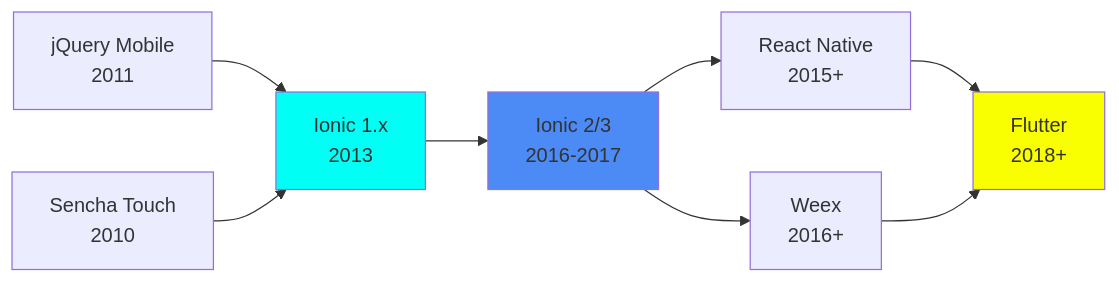
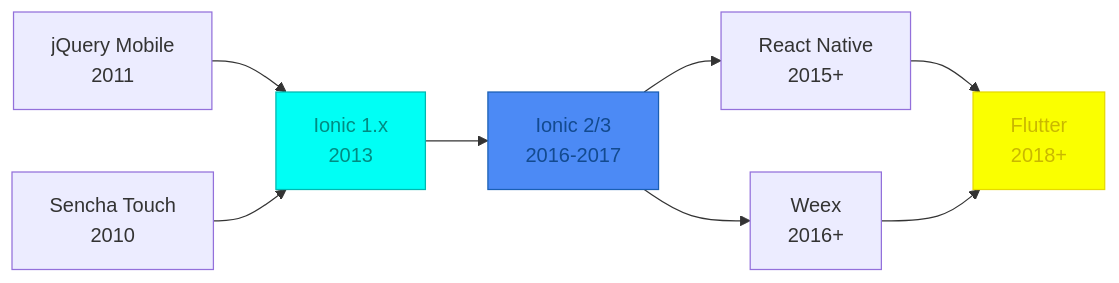
Before and after one commit to FreezeSoul/freezesoul.github.com: the diagram in _posts/2017-03-15-ionic-hybrid-app.md, drawn with Mermaid. The commit also changed 9 other files, not shown here.

Commit message:
修正mermaid配色与要求

````diff
--- a/_posts/2017-03-15-ionic-hybrid-app.md
+++ b/_posts/2017-03-15-ionic-hybrid-app.md
@@ -47,14 +47,14 @@
 ```mermaid
 graph LR
     A[jQuery Mobile<br/>2011] --> B[Ionic 1.x<br/>2013]
     C[Sencha Touch<br/>2010] --> B
     B --> D[Ionic 2/3<br/>2016-2017]
     D --> E[React Native<br/>2015+]
     D --> F[Weex<br/>2016+]
     E --> G[Flutter<br/>2018+]
     F --> G
 
-    style B fill:#00fff5
-    style D fill:#4c8af5
-    style G fill:#faff00
+    style B fill:#00fff5,stroke:#00b8b0,color:#008b82
+    style D fill:#4c8af5,stroke:#1a5fb4,color:#134a8f
+    style G fill:#faff00,stroke:#e6d900,color:#c9b800
 ```
````
